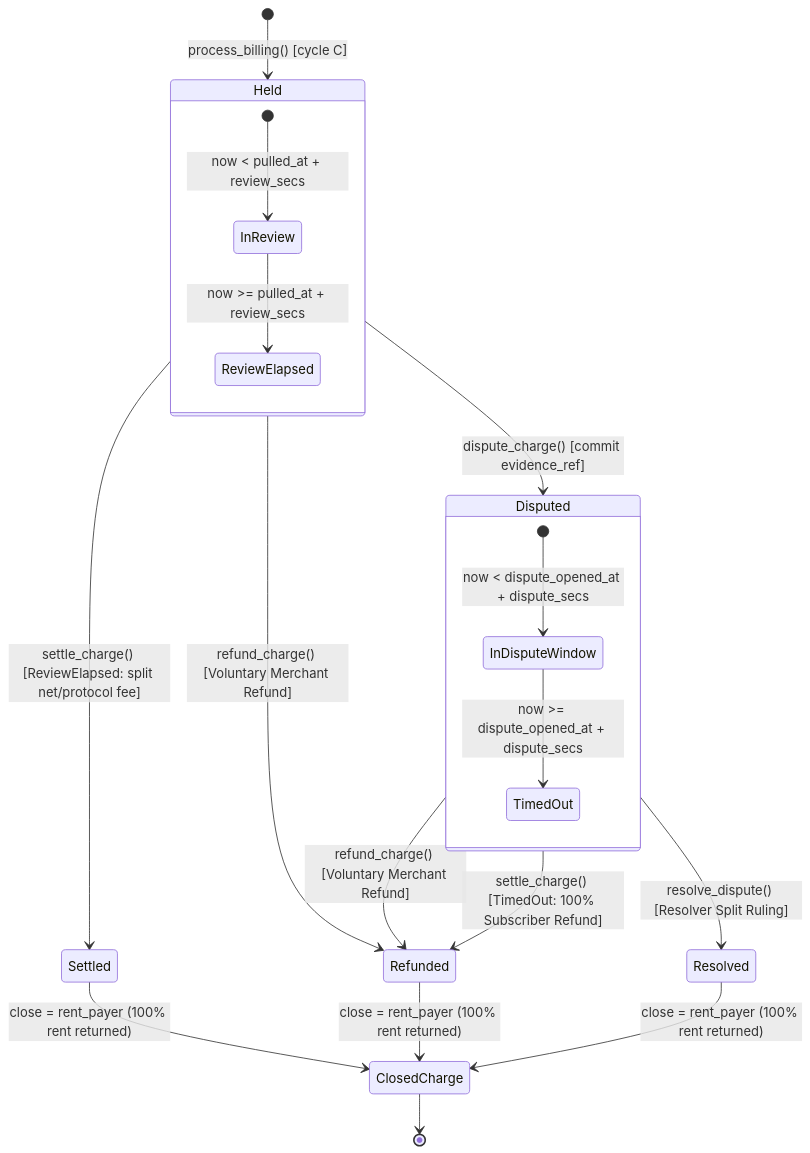
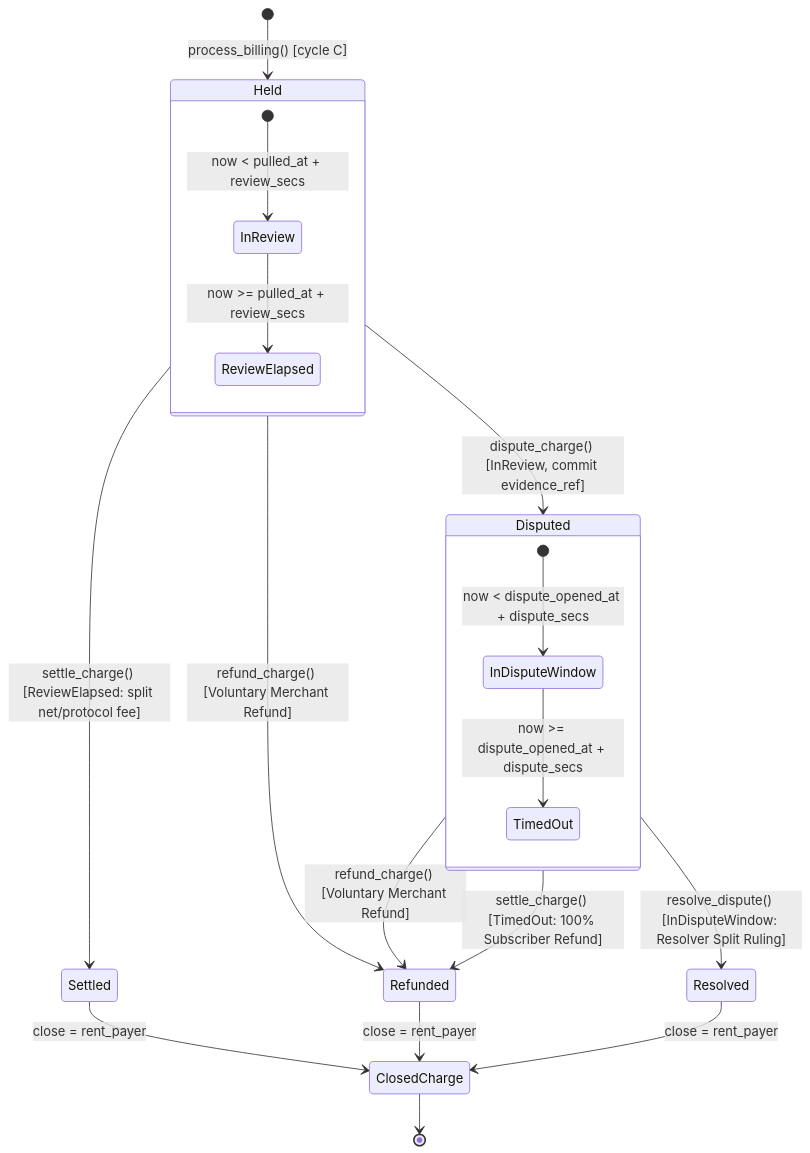
One commit to Anon1one/recora changed the fourth of 4 diagrams in docs/SECURITY_AUDIT.md. Above: the diagram before and after it, drawn with Mermaid. The commit also changed other lines of this file and 4 other files, not shown here.

````diff
--- a/docs/SECURITY_AUDIT.md
+++ b/docs/SECURITY_AUDIT.md
@@ -338,27 +300,27 @@
 ```mermaid
 stateDiagram-v2
     [*] --> Held: process_billing() [cycle C]
-    
+
     state Held {
         [*] --> InReview: now < pulled_at + review_secs
         InReview --> ReviewElapsed: now >= pulled_at + review_secs
     }
 
-    Held --> Disputed: dispute_charge() [commit evidence_ref]
+    Held --> Disputed: dispute_charge() [InReview, commit evidence_ref]
     Held --> Settled: settle_charge() [ReviewElapsed: split net/protocol fee]
     Held --> Refunded: refund_charge() [Voluntary Merchant Refund]
 
     state Disputed {
         [*] --> InDisputeWindow: now < dispute_opened_at + dispute_secs
         InDisputeWindow --> TimedOut: now >= dispute_opened_at + dispute_secs
     }
 
-    Disputed --> Resolved: resolve_dispute() [Resolver Split Ruling]
+    Disputed --> Resolved: resolve_dispute() [InDisputeWindow: Resolver Split Ruling]
     Disputed --> Refunded: refund_charge() [Voluntary Merchant Refund]
     Disputed --> Refunded: settle_charge() [TimedOut: 100% Subscriber Refund]
 
-    Settled --> ClosedCharge: close = rent_payer (100% rent returned)
-    Refunded --> ClosedCharge: close = rent_payer (100% rent returned)
-    Resolved --> ClosedCharge: close = rent_payer (100% rent returned)
+    Settled --> ClosedCharge: close = rent_payer
+    Refunded --> ClosedCharge: close = rent_payer
+    Resolved --> ClosedCharge: close = rent_payer
     ClosedCharge --> [*]
 ```
````
